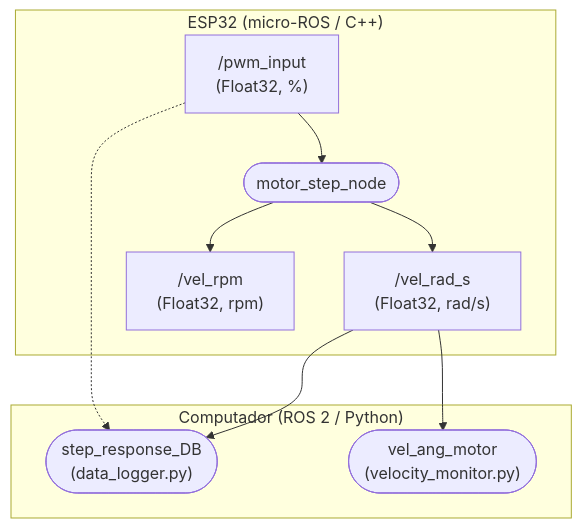
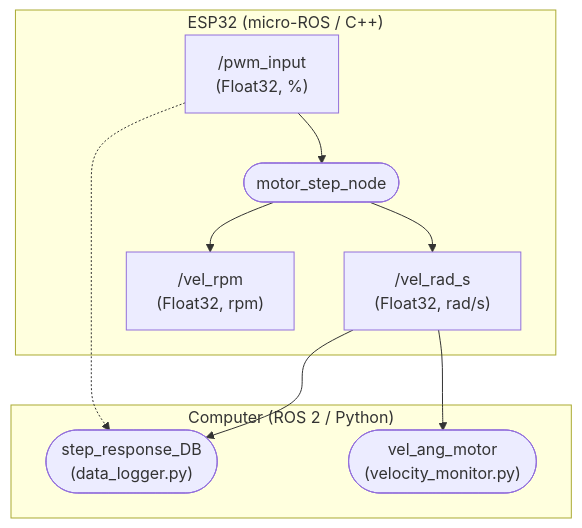
Before and after one commit to d3im3r/ros2-for-control-dc-motor-system: the third of 3 diagrams in docs/guides/Inteligente_guia0.md, drawn with Mermaid. The commit also changed other lines of this file and 10 other files, not shown here.

````diff
--- a/docs/guides/Inteligente_guia0.md
+++ b/docs/guides/Inteligente_guia0.md
@@ -166,14 +166,14 @@
 ```mermaid
 flowchart TD
-    subgraph Microcontrolador ["ESP32 (micro-ROS / C++)"]
+    subgraph Microcontroller ["ESP32 (micro-ROS / C++)"]
         PWM_TOPIC["/pwm_input<br>(Float32, %)"] --> MOTOR_NODE(["motor_step_node"])
         MOTOR_NODE --> VEL_RAD["/vel_rad_s<br>(Float32, rad/s)"]
         MOTOR_NODE --> VEL_RPM["/vel_rpm<br>(Float32, rpm)"]
     end
 
-    subgraph Computador ["Computador (ROS 2 / Python)"]
+    subgraph HostPC ["Computer (ROS 2 / Python)"]
         VEL_RAD --> DB_NODE(["step_response_DB<br>(data_logger.py)"])
         PWM_TOPIC -.-> DB_NODE
         VEL_RAD --> GRAPH_NODE(["vel_ang_motor<br>(velocity_monitor.py)"])
     end
 ```
````
